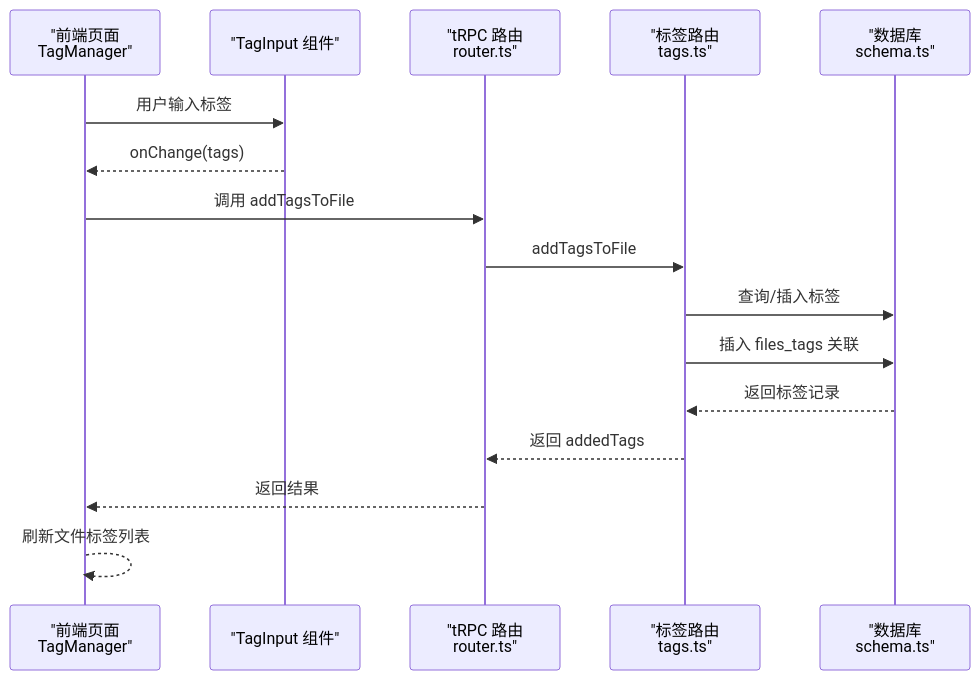
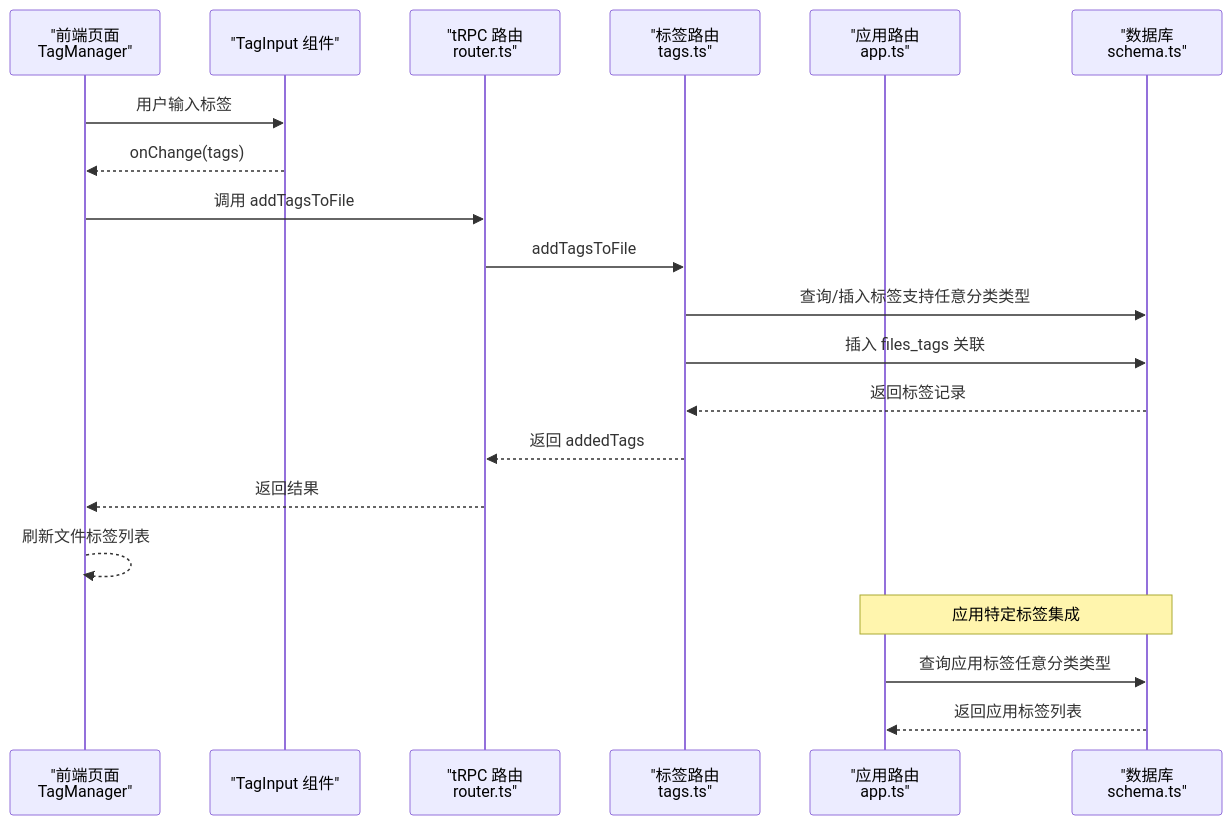
The second of 9 diagrams in .qoder/repowiki/zh/content/核心功能模块/标签管理系统.md (RadiumAg/image-saas), drawn with Mermaid before and after one commit. The commit also changed other lines of this file and 6 other files, not shown here.

````diff
--- a/.qoder/repowiki/zh/content/核心功能模块/标签管理系统.md
+++ b/.qoder/repowiki/zh/content/核心功能模块/标签管理系统.md
@@ -100,18 +122,22 @@
 ```mermaid
 sequenceDiagram
 participant FE as "前端页面<br/>TagManager"
 participant UI as "TagInput 组件"
 participant TRPC as "tRPC 路由<br/>router.ts"
-participant API as "标签路由<br/>tags.ts"
+participant TagsAPI as "标签路由<br/>tags.ts"
+participant AppsAPI as "应用路由<br/>app.ts"
 participant DB as "数据库<br/>schema.ts"
 FE->>UI : 用户输入标签
 UI-->>FE : onChange(tags)
 FE->>TRPC : 调用 addTagsToFile
-TRPC->>API : addTagsToFile
-API->>DB : 查询/插入标签
-API->>DB : 插入 files_tags 关联
-DB-->>API : 返回标签记录
-API-->>TRPC : 返回 addedTags
+TRPC->>TagsAPI : addTagsToFile
+TagsAPI->>DB : 查询/插入标签支持任意分类类型
+TagsAPI->>DB : 插入 files_tags 关联
+DB-->>TagsAPI : 返回标签记录
+TagsAPI-->>TRPC : 返回 addedTags
 TRPC-->>FE : 返回结果
 FE-->>FE : 刷新文件标签列表
+Note over AppsAPI,DB : 应用特定标签集成
+AppsAPI->>DB : 查询应用标签任意分类类型
+DB-->>AppsAPI : 返回应用标签列表
 ```
````
